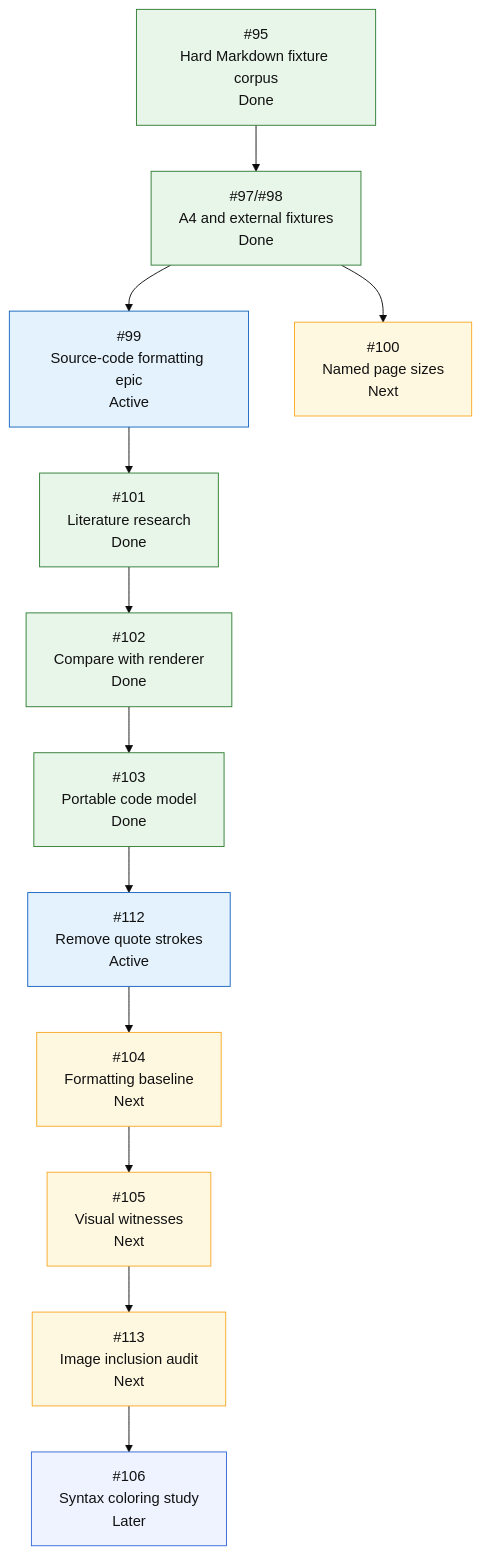
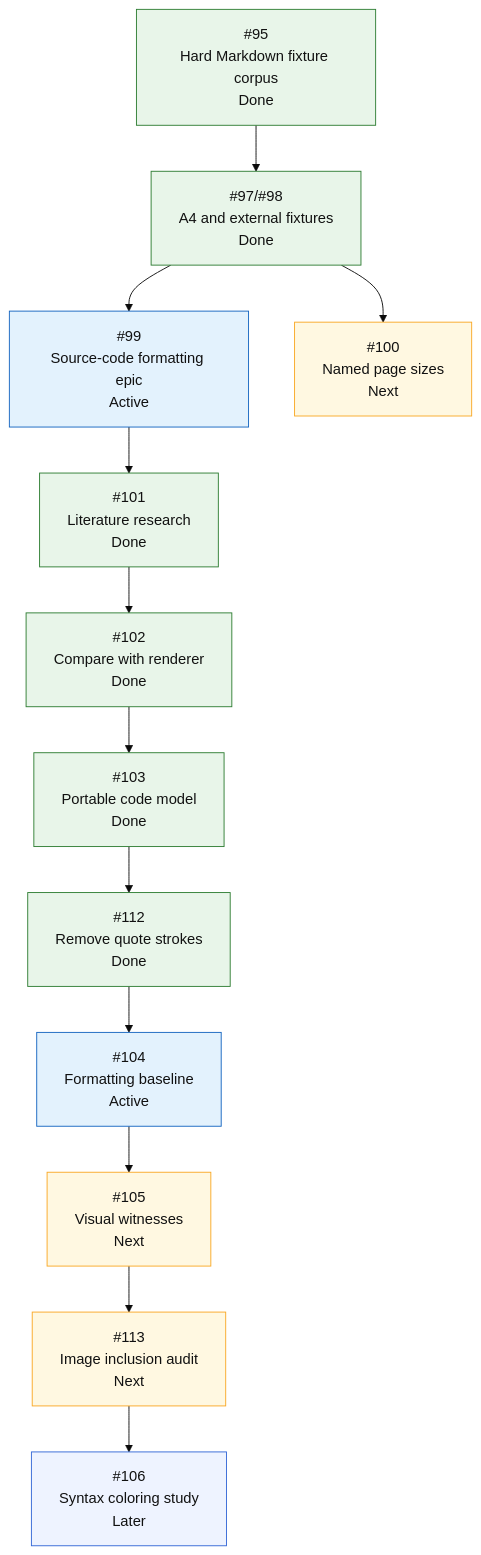
One commit to mihaelamj/MarkdownPDF changed the fifth of 5 diagrams in README.md. Above: the diagram before and after it, drawn with Mermaid (base theme).

Commit message:
docs(roadmap): advance source formatting baseline

````diff
--- a/README.md
+++ b/README.md
@@ -419,33 +419,33 @@
 ```mermaid
 flowchart TD
     H0["#95<br/>Hard Markdown fixture corpus<br/>Done"]
     H1["#97/#98<br/>A4 and external fixtures<br/>Done"]
     H2["#99<br/>Source-code formatting epic<br/>Active"]
     H2A["#101<br/>Literature research<br/>Done"]
     H2B["#102<br/>Compare with renderer<br/>Done"]
     H2C["#103<br/>Portable code model<br/>Done"]
-    H2D["#112<br/>Remove quote strokes<br/>Active"]
-    H2E["#104<br/>Formatting baseline<br/>Next"]
+    H2D["#112<br/>Remove quote strokes<br/>Done"]
+    H2E["#104<br/>Formatting baseline<br/>Active"]
     H2F["#105<br/>Visual witnesses<br/>Next"]
     H2G["#113<br/>Image inclusion audit<br/>Next"]
     H2H["#106<br/>Syntax coloring study<br/>Later"]
     H3["#100<br/>Named page sizes<br/>Next"]
 
     H0 --> H1
     H1 --> H2
     H2 --> H2A --> H2B --> H2C --> H2D --> H2E --> H2F --> H2G --> H2H
     H1 --> H3
 
     classDef done fill:#e8f5e9,stroke:#2e7d32,color:#111;
     classDef active fill:#e3f2fd,stroke:#1565c0,color:#111;
     classDef review fill:#f3e5f5,stroke:#7b1fa2,color:#111;
     classDef next fill:#fff8e1,stroke:#f9a825,color:#111;
     classDef todo fill:#eef3ff,stroke:#3367d6,color:#111;
     class H0 done;
     class H1 done;
-    class H2,H2D active;
-    class H2A,H2B,H2C done;
-    class H2E,H2F,H2G next;
+    class H2,H2E active;
+    class H2A,H2B,H2C,H2D done;
+    class H2F,H2G next;
     class H2H todo;
     class H3 next;
 ```
````
